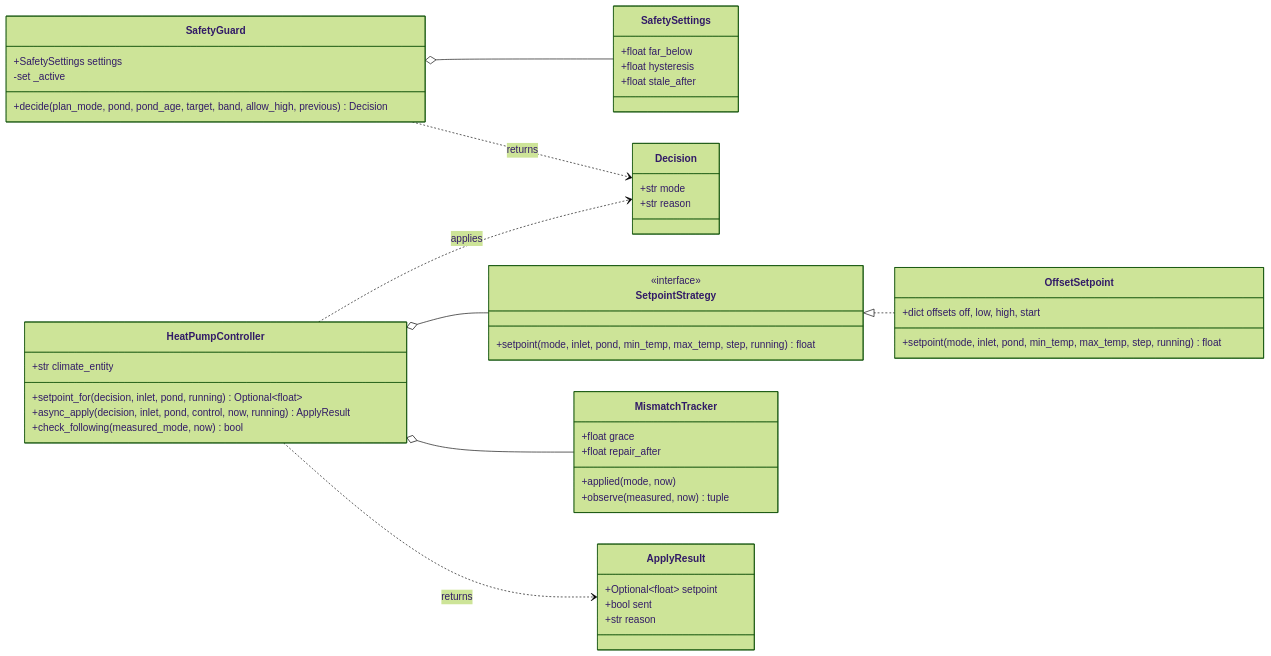
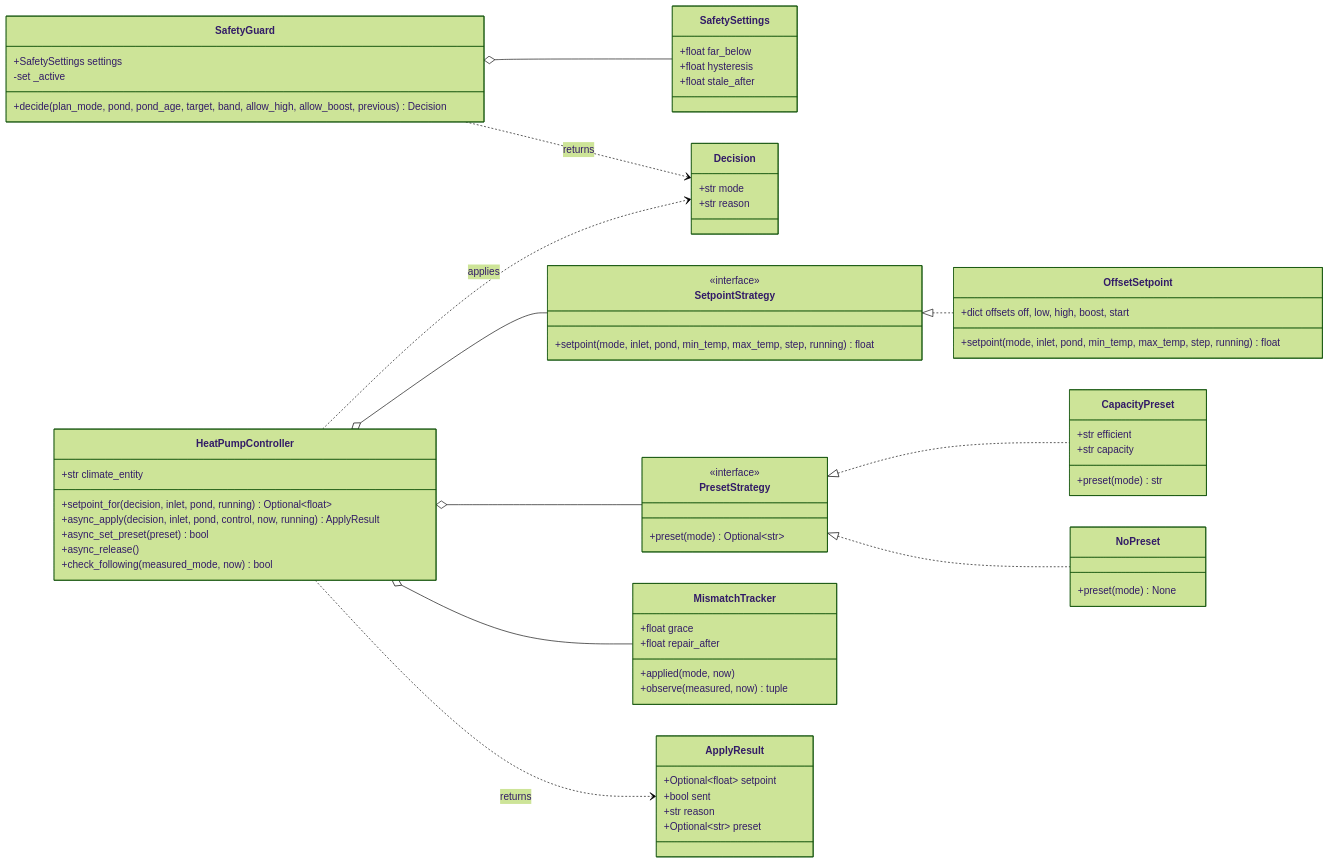
One commit to abroeders/pond-heatpump-price-planner changed diagram 13 of 25 in docs/architecture.md. Above: the diagram before and after it, drawn with Mermaid (forest theme). The commit also changed other lines of this file and 6 other files, not shown here.

Commit message:
docs: boost mode and capacity preset (#37)

````diff
--- a/docs/architecture.md
+++ b/docs/architecture.md
@@ -562,50 +588,68 @@
 ```mermaid
 classDiagram
     direction LR
     class SafetyGuard {
         +SafetySettings settings
         -set _active
-        +decide(plan_mode, pond, pond_age, target, band, allow_high, previous) Decision
+        +decide(plan_mode, pond, pond_age, target, band, allow_high, allow_boost, previous) Decision
     }
     class SafetySettings {
         +float far_below
         +float hysteresis
         +float stale_after
     }
     class Decision {
         +str mode
         +str reason
     }
     class SetpointStrategy {
         <<interface>>
         +setpoint(mode, inlet, pond, min_temp, max_temp, step, running) float
     }
     class OffsetSetpoint {
-        +dict offsets  off, low, high, start
+        +dict offsets  off, low, high, boost, start
         +setpoint(mode, inlet, pond, min_temp, max_temp, step, running) float
+    }
+    class PresetStrategy {
+        <<interface>>
+        +preset(mode) Optional~str~
+    }
+    class CapacityPreset {
+        +str efficient
+        +str capacity
+        +preset(mode) str
+    }
+    class NoPreset {
+        +preset(mode) None
     }
     class MismatchTracker {
         +float grace
         +float repair_after
         +applied(mode, now)
         +observe(measured, now) tuple
     }
     class HeatPumpController {
         +str climate_entity
         +setpoint_for(decision, inlet, pond, running) Optional~float~
         +async_apply(decision, inlet, pond, control, now, running) ApplyResult
+        +async_set_preset(preset) bool
+        +async_release()
         +check_following(measured_mode, now) bool
     }
     class ApplyResult {
         +Optional~float~ setpoint
         +bool sent
         +str reason
+        +Optional~str~ preset
     }
     SafetyGuard o-- SafetySettings
     SafetyGuard ..> Decision : returns
     SetpointStrategy <|.. OffsetSetpoint
+    PresetStrategy <|.. CapacityPreset
+    PresetStrategy <|.. NoPreset
     HeatPumpController o-- SetpointStrategy
+    HeatPumpController o-- PresetStrategy
     HeatPumpController o-- MismatchTracker
     HeatPumpController ..> ApplyResult : returns
     HeatPumpController ..> Decision : applies
 ```
````
